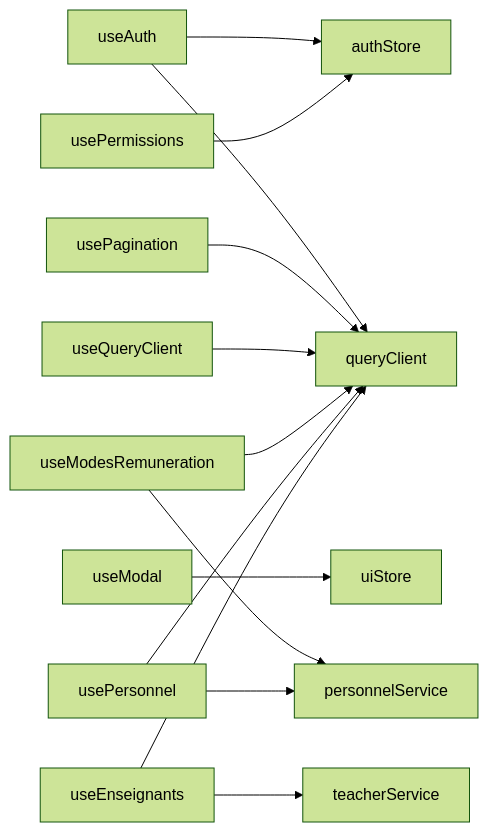
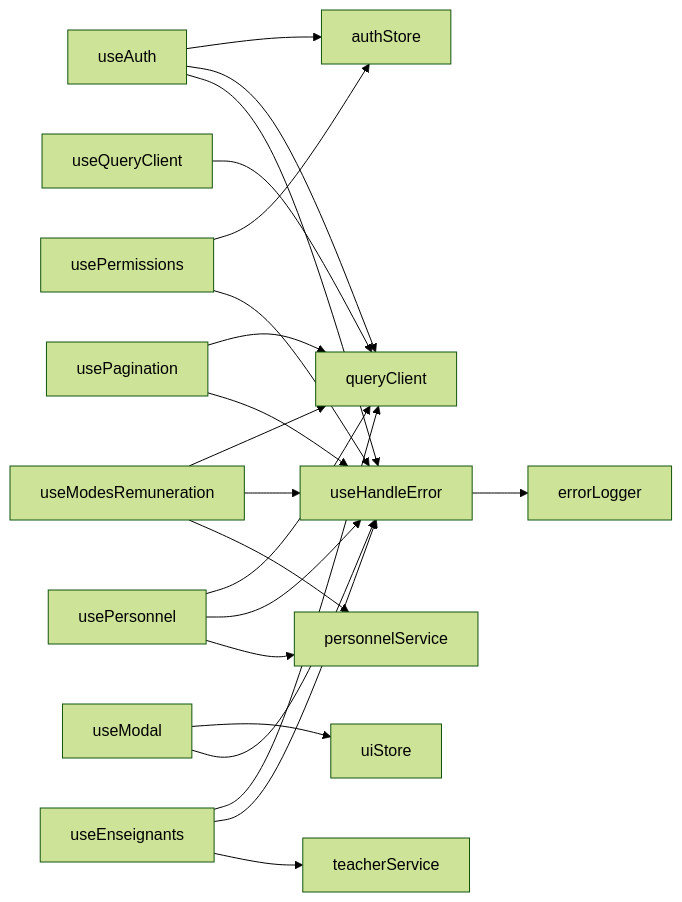
Before and after one commit to franckylab/eLISAschool: the sixth of 6 diagrams in .qoder/repowiki/en/content/System Architecture/Frontend Architecture/State Management/Custom Hooks Patterns.md, drawn with Mermaid (forest theme). The commit also changed other lines of this file and 455 other files, not shown here.

````diff
--- a/.qoder/repowiki/en/content/System Architecture/Frontend Architecture/State Management/Custom Hooks Patterns.md
+++ b/.qoder/repowiki/en/content/System Architecture/Frontend Architecture/State Management/Custom Hooks Patterns.md
@@ -503,15 +613,23 @@
 ```mermaid
 graph LR
 A["useAuth"] --> B["authStore"]
 A --> C["queryClient"]
+A --> E["useHandleError"]
 D["usePermissions"] --> B
-E["usePagination"] --> C
-F["useModal"] --> G["uiStore"]
-H["useQueryClient"] --> C
-I["useModesRemuneration"] --> C
-J["usePersonnel"] --> C
-K["useEnseignants"] --> C
-I --> L["personnelService"]
-J --> L
-K --> M["teacherService"]
+D --> E
+E["useHandleError"] --> F["errorLogger"]
+G["usePagination"] --> C
+G --> E
+H["useModal"] --> I["uiStore"]
+H --> E
+J["useQueryClient"] --> C
+K["useModesRemuneration"] --> C
+K --> E
+L["usePersonnel"] --> C
+L --> E
+M["useEnseignants"] --> C
+M --> E
+K --> N["personnelService"]
+L --> N
+M --> O["teacherService"]
 ```
````
